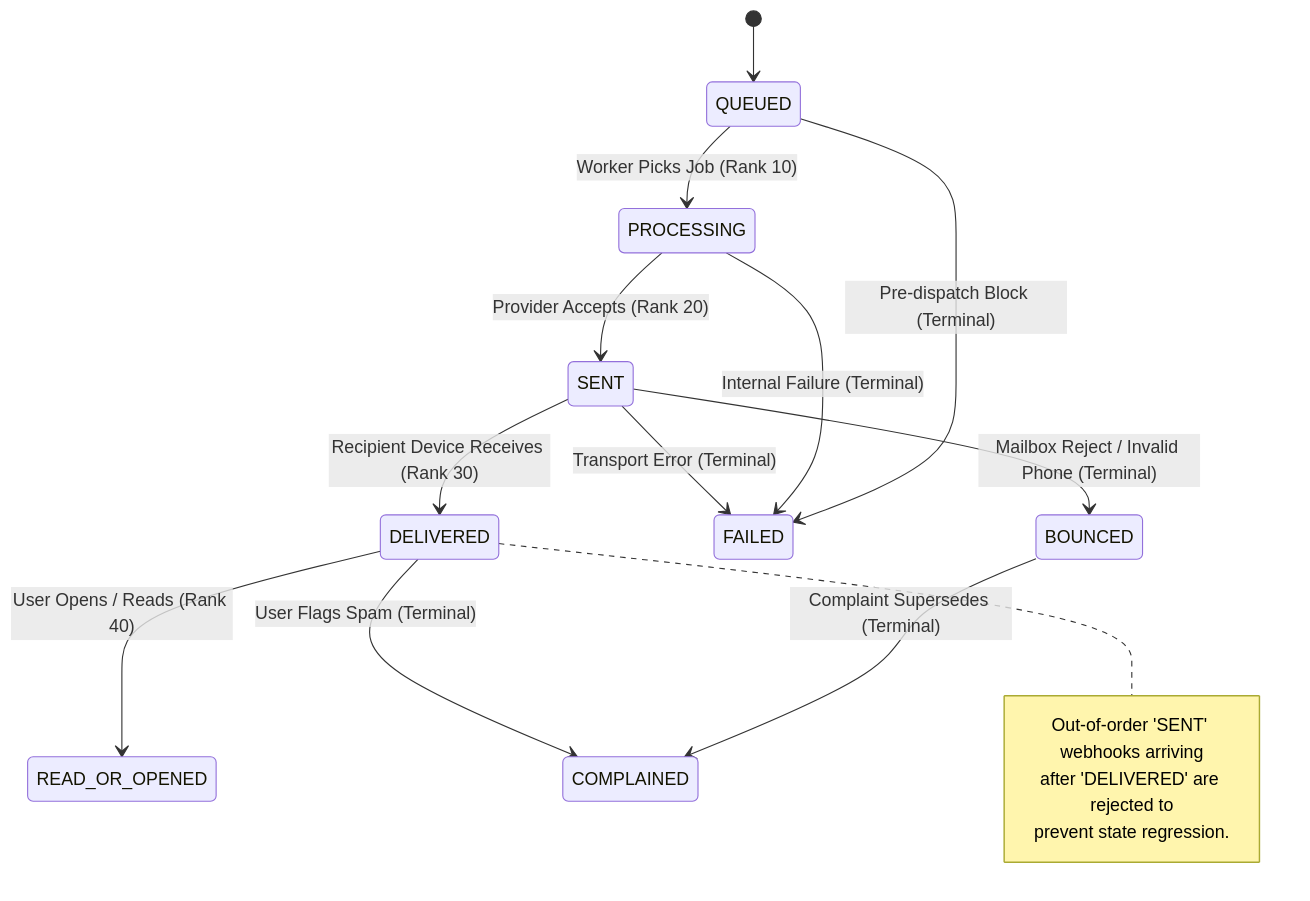
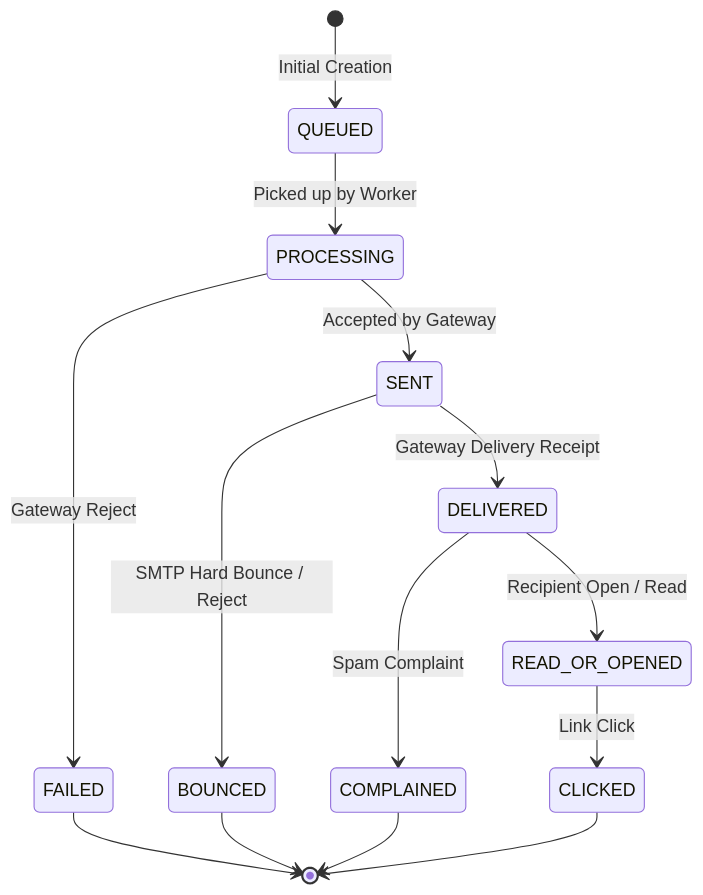
The first of 2 diagrams in docs/unified-communication-architecture.md (abhishekmitraaa/promotions), drawn with Mermaid before and after one commit. The commit also changed other lines of this file and 13 other files, not shown here.

Commit message:
feat: implement unified communication architecture with channel adapters, routing, and email queue workers

````diff
--- a/docs/unified-communication-architecture.md
+++ b/docs/unified-communication-architecture.md
@@ -152,22 +38,18 @@
 ```mermaid
 stateDiagram-v2
-    [*] --> QUEUED
-    QUEUED --> PROCESSING: Worker Picks Job (Rank 10)
-    PROCESSING --> SENT: Provider Accepts (Rank 20)
-    SENT --> DELIVERED: Recipient Device Receives (Rank 30)
-    DELIVERED --> READ_OR_OPENED: User Opens / Reads (Rank 40)
-
-    SENT --> FAILED: Transport Error (Terminal)
-    PROCESSING --> FAILED: Internal Failure (Terminal)
-    QUEUED --> FAILED: Pre-dispatch Block (Terminal)
-
-    SENT --> BOUNCED: Mailbox Reject / Invalid Phone (Terminal)
-    DELIVERED --> COMPLAINED: User Flags Spam (Terminal)
-    BOUNCED --> COMPLAINED: Complaint Supersedes (Terminal)
-
-    note right of DELIVERED
-        Out-of-order 'SENT' webhooks arriving
-        after 'DELIVERED' are rejected to
-        prevent state regression.
-    end note
+    [*] --> QUEUED : Initial Creation
+    QUEUED --> PROCESSING : Picked up by Worker
+    PROCESSING --> SENT : Accepted by Gateway
+    SENT --> DELIVERED : Gateway Delivery Receipt
+    DELIVERED --> READ_OR_OPENED : Recipient Open / Read
+    READ_OR_OPENED --> CLICKED : Link Click
+    
+    PROCESSING --> FAILED : Gateway Reject
+    SENT --> BOUNCED : SMTP Hard Bounce / Reject
+    DELIVERED --> COMPLAINED : Spam Complaint
+    
+    FAILED --> [*]
+    BOUNCED --> [*]
+    COMPLAINED --> [*]
+    CLICKED --> [*]
 ```
````
